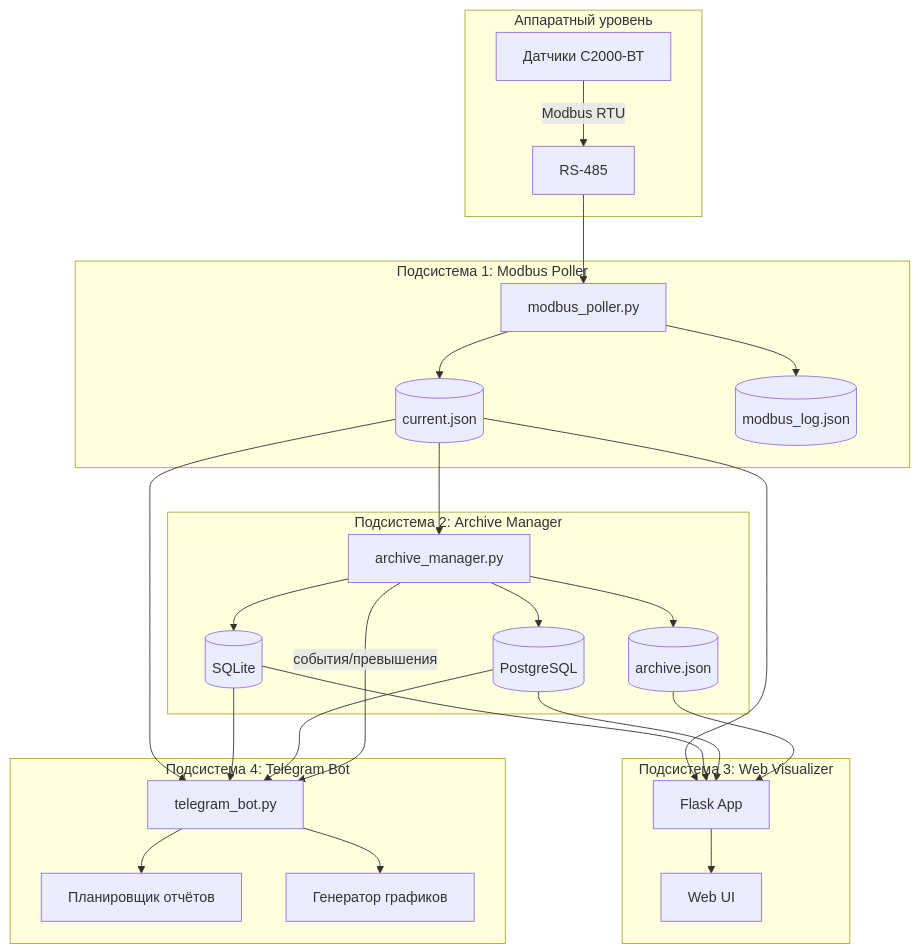
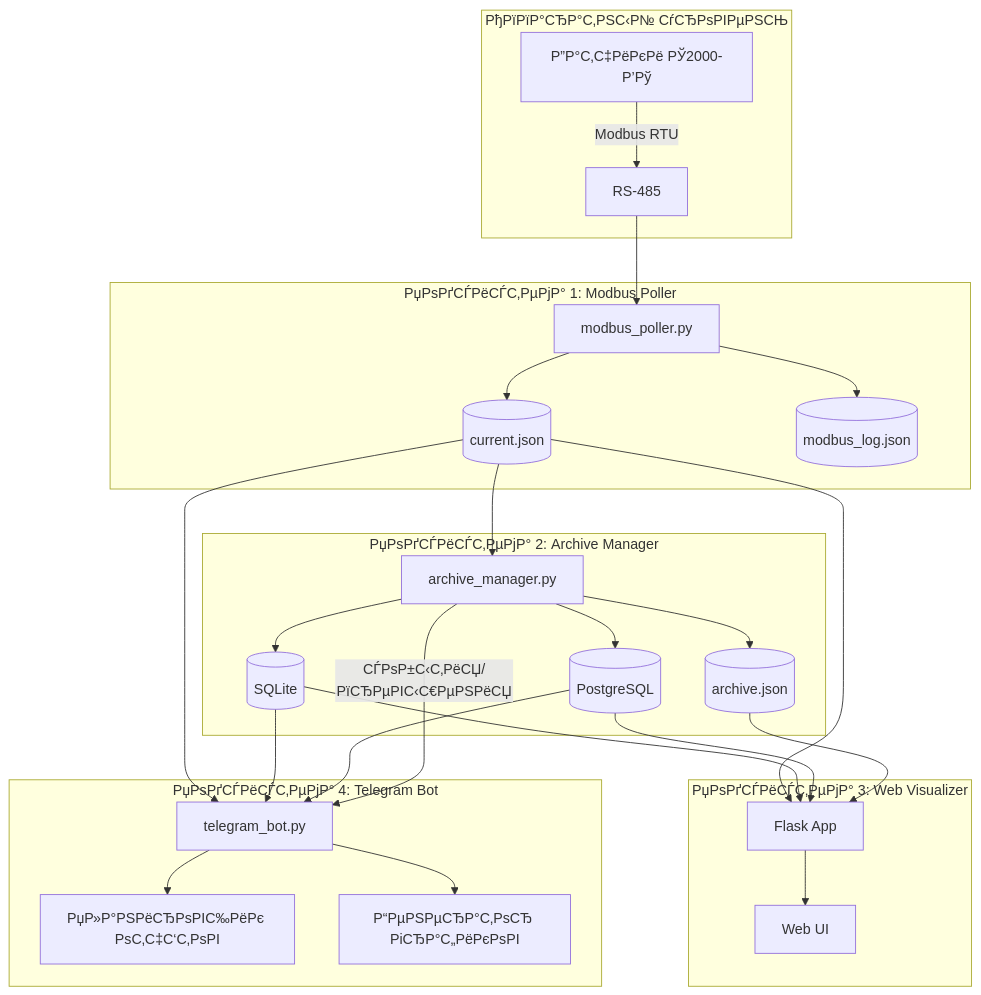
One commit to goreliy/KVT-C changed the first of 3 diagrams in Общее ТЗ на систему КВТ С.md. Above: the diagram before and after it, drawn with Mermaid. The commit also changed other lines of this file and 17 other files, not shown here.

````diff
--- a/Общее ТЗ на систему КВТ С.md
+++ b/Общее ТЗ на систему КВТ С.md
@@ -62,54 +62,54 @@
 ```mermaid
 flowchart TB
-    subgraph hardware [Аппаратный уровень]
-        sensors[Датчики С2000-ВТ]
+    subgraph hardware [РђРїРїР°СЂР°С‚РЅС‹Р№ СѓСЂРѕРІРµРЅСЊ]
+        sensors[Р”Р°С‚С‡РёРєРё РЎ2000-Р’Рў]
         rs485[RS-485]
     end
     
-    subgraph poller [Подсистема 1: Modbus Poller]
+    subgraph poller [РџРѕРґСЃРёСЃС‚РµРјР° 1: Modbus Poller]
         modbus_service[modbus_poller.py]
         current_json[(current.json)]
         modbus_log[(modbus_log.json)]
     end
     
-    subgraph archiver [Подсистема 2: Archive Manager]
+    subgraph archiver [РџРѕРґСЃРёСЃС‚РµРјР° 2: Archive Manager]
         archive_service[archive_manager.py]
         sqlite_db[(SQLite)]
         postgres_db[(PostgreSQL)]
         json_archive[(archive.json)]
     end
     
-    subgraph visualizer [Подсистема 3: Web Visualizer]
+    subgraph visualizer [РџРѕРґСЃРёСЃС‚РµРјР° 3: Web Visualizer]
         flask_app[Flask App]
         web_ui[Web UI]
     end
     
-    subgraph telegram_bot [Подсистема 4: Telegram Bot]
+    subgraph telegram_bot [РџРѕРґСЃРёСЃС‚РµРјР° 4: Telegram Bot]
         bot_service[telegram_bot.py]
-        scheduler[Планировщик отчётов]
-        chart_gen[Генератор графиков]
+        scheduler[РџР»Р°РЅРёСЂРѕРІС‰РёРє РѕС‚С‡С‘С‚РѕРІ]
+        chart_gen[Р“РµРЅРµСЂР°С‚РѕСЂ РіСЂР°С„РёРєРѕРІ]
     end
     
     sensors -->|Modbus RTU| rs485
     rs485 --> modbus_service
     modbus_service --> current_json
     modbus_service --> modbus_log
     
     current_json --> archive_service
     archive_service --> sqlite_db
     archive_service --> postgres_db
     archive_service --> json_archive
     
     current_json --> flask_app
     sqlite_db --> flask_app
     postgres_db --> flask_app
     json_archive --> flask_app
     flask_app --> web_ui
     
     current_json --> bot_service
     sqlite_db --> bot_service
     postgres_db --> bot_service
     bot_service --> scheduler
     bot_service --> chart_gen
-    archive_service -->|события/превышения| bot_service
+    archive_service -->|СЃРѕР±С‹С‚РёСЏ/РїСЂРµРІС‹С€РµРЅРёСЏ| bot_service
 ```
````
